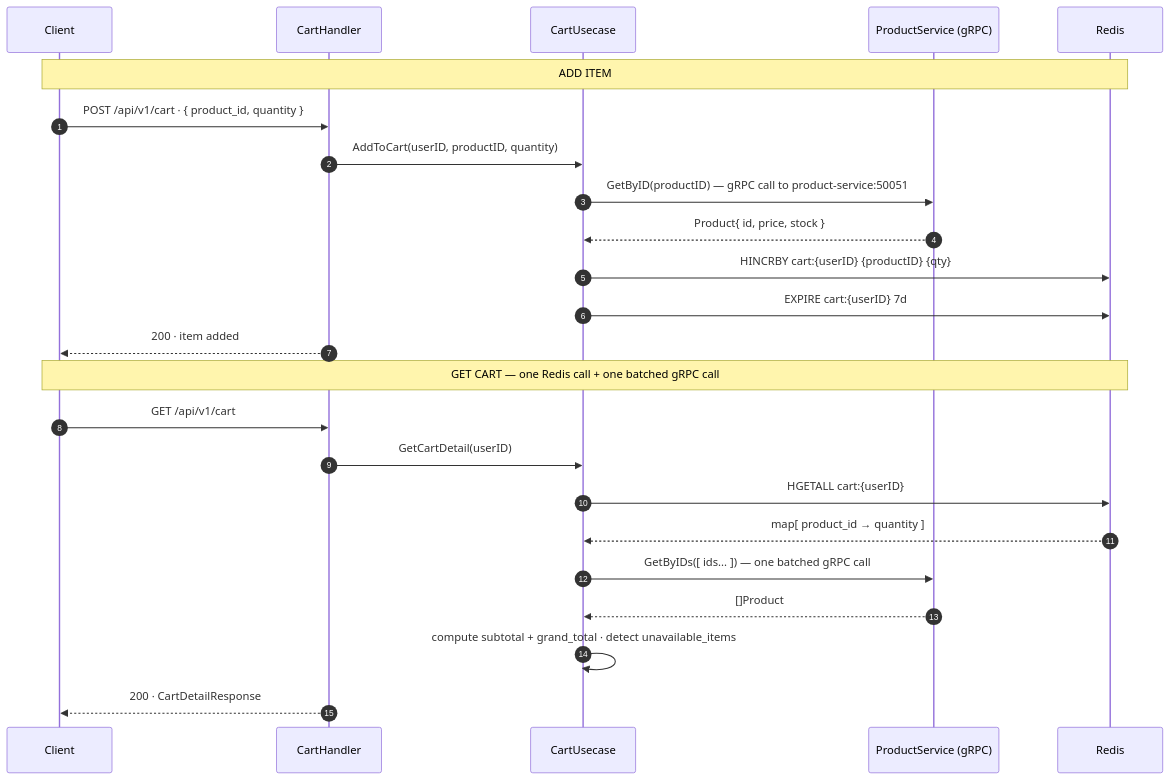
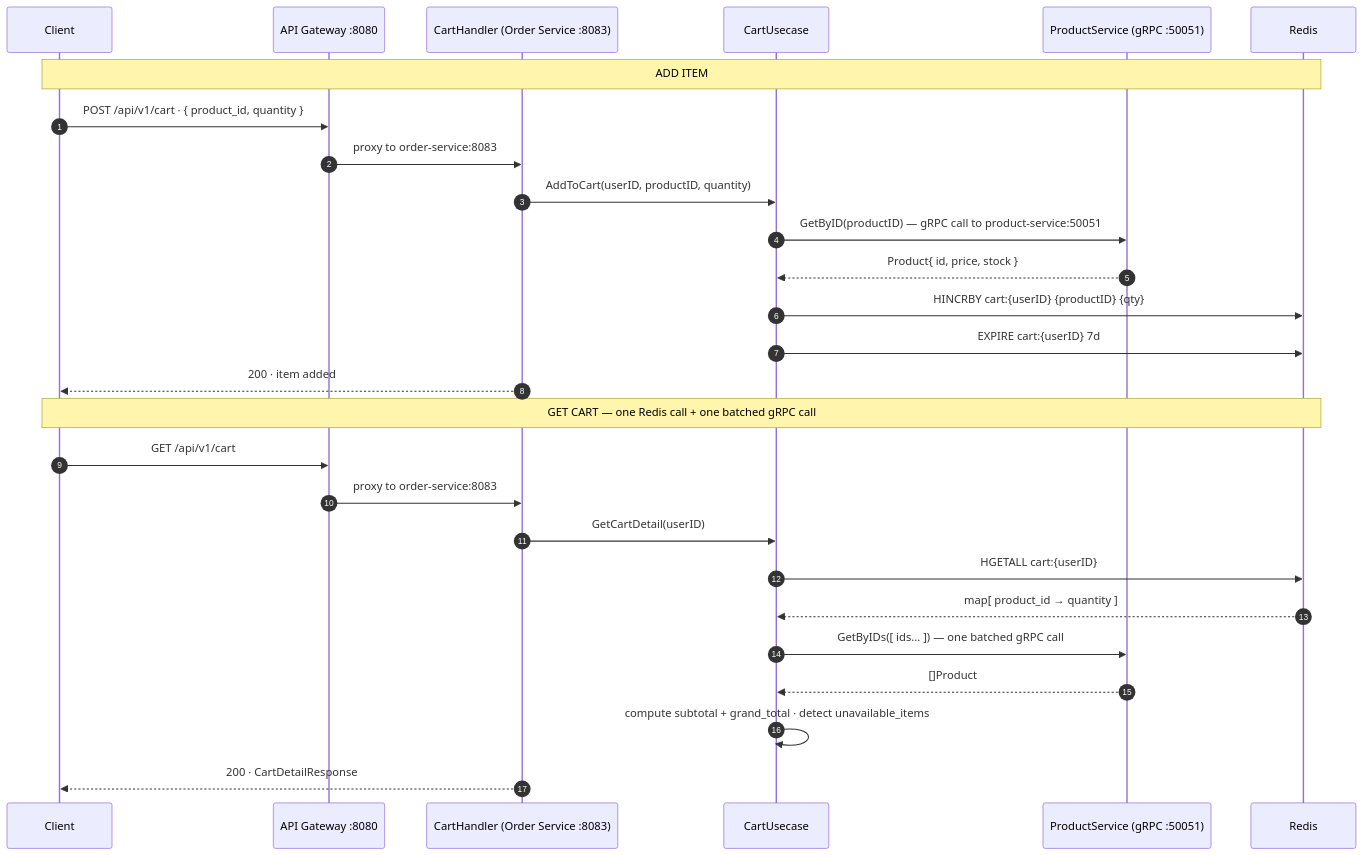
One commit to Mpayy/e-commerce changed the third of 6 diagrams in README.md. Above: the diagram before and after it, drawn with Mermaid. The commit also changed other lines of this file and 2 other files, not shown here.

````diff
--- a/README.md
+++ b/README.md
@@ -198,28 +240,31 @@
 ```mermaid
 sequenceDiagram
     autonumber
     participant C as Client
-    participant H as CartHandler
+    participant GW as API Gateway :8080
+    participant H as CartHandler (Order Service :8083)
     participant U as CartUsecase
-    participant PS as ProductService (gRPC)
+    participant PS as ProductService (gRPC :50051)
     participant R as Redis
 
     Note over C,R: ADD ITEM
-    C->>H: POST /api/v1/cart · { product_id, quantity }
+    C->>GW: POST /api/v1/cart · { product_id, quantity }
+    GW->>H: proxy to order-service:8083
     H->>U: AddToCart(userID, productID, quantity)
     U->>PS: GetByID(productID) — gRPC call to product-service:50051
     PS-->>U: Product{ id, price, stock }
     U->>R: HINCRBY cart:{userID} {productID} {qty}
     U->>R: EXPIRE cart:{userID} 7d
     H-->>C: 200 · item added
 
     Note over C,R: GET CART — one Redis call + one batched gRPC call
-    C->>H: GET /api/v1/cart
+    C->>GW: GET /api/v1/cart
+    GW->>H: proxy to order-service:8083
     H->>U: GetCartDetail(userID)
     U->>R: HGETALL cart:{userID}
     R-->>U: map[ product_id → quantity ]
     U->>PS: GetByIDs([ ids... ]) — one batched gRPC call
     PS-->>U: []Product
     U->>U: compute subtotal + grand_total · detect unavailable_items
     H-->>C: 200 · CartDetailResponse
 ```
````
